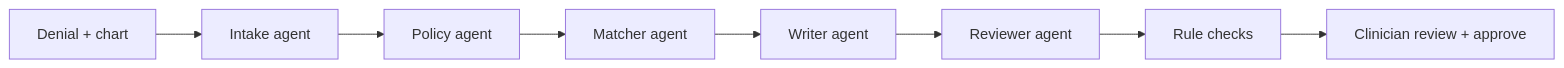
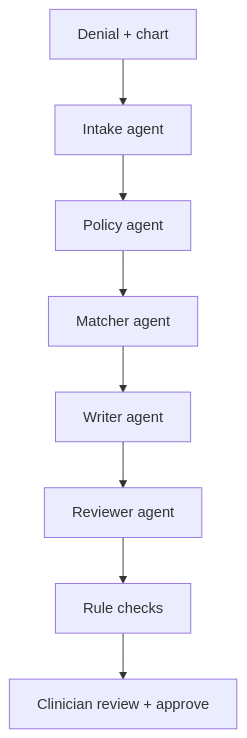
One commit to Kapowsh/Appeal-Pilot changed the diagram in README.md. Above: the diagram before and after it, drawn with Mermaid. The commit also changed other lines of this file, not shown here.

````diff
--- a/README.md
+++ b/README.md
@@ -25,4 +35,10 @@
 ```mermaid
-flowchart LR
-    A[Denial + chart] --> B[Intake agent] --> C[Policy agent] --> D[Matcher agent] --> E[Writer agent] --> F[Reviewer agent] --> G[Rule checks] --> H[Clinician review + approve]
+flowchart TD
+    A[Denial + chart] --> B[Intake agent]
+    B --> C[Policy agent]
+    C --> D[Matcher agent]
+    D --> E[Writer agent]
+    E --> F[Reviewer agent]
+    F --> G[Rule checks]
+    G --> H[Clinician review + approve]
 ```
````
